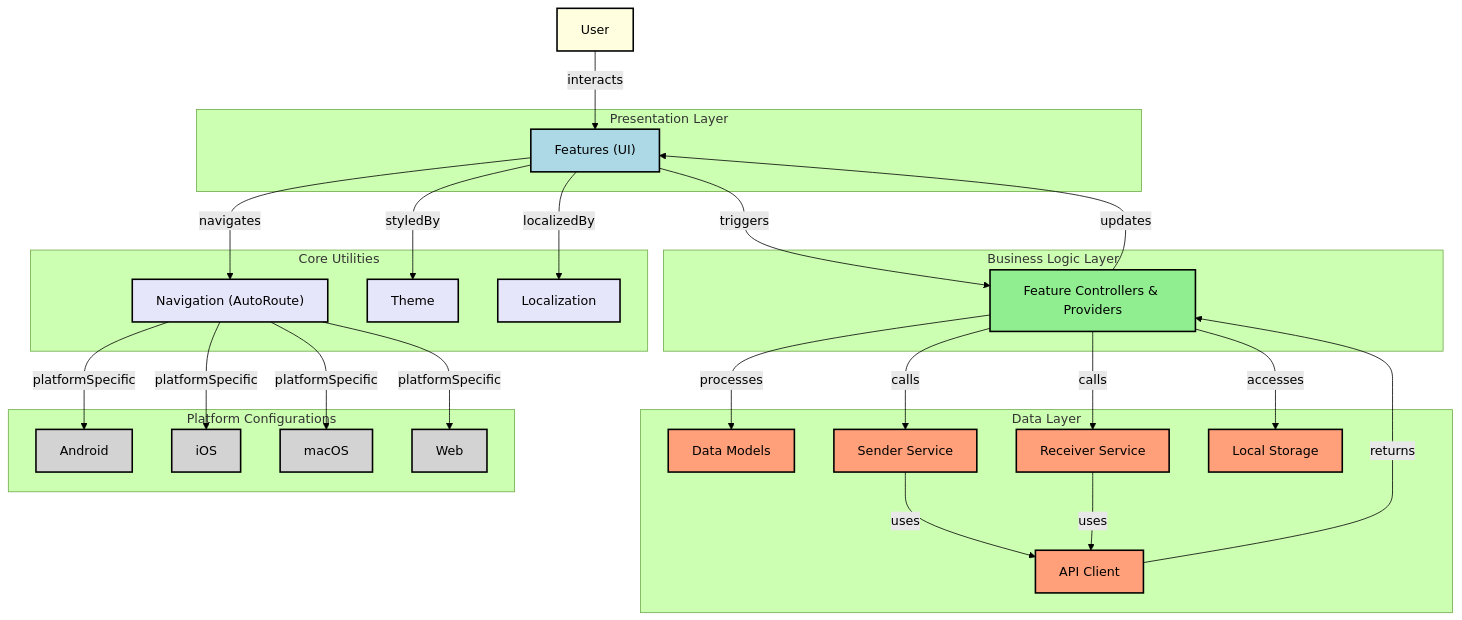
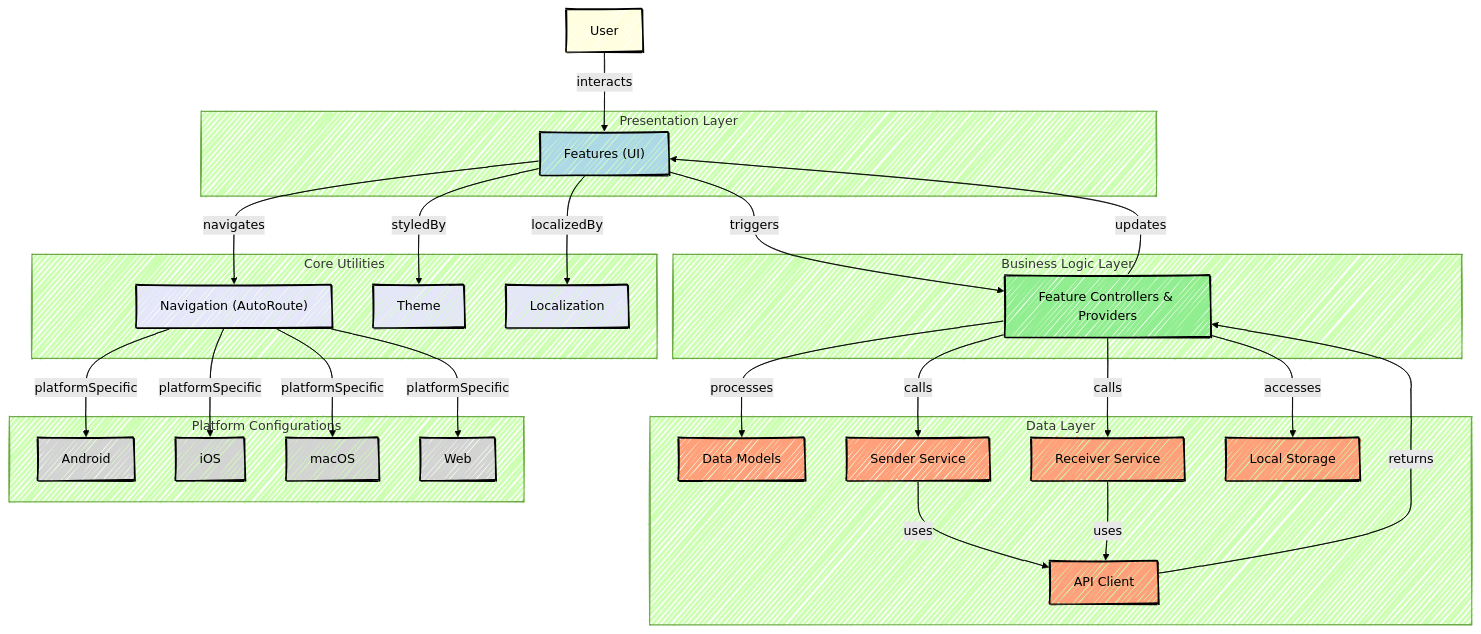
One commit to Shreemanarjun/flutter_sharez changed the diagram in README.md. Above: the diagram before and after it, drawn with Mermaid.

Commit message:
Update mermaid diagram theme in README to include hand-drawn style for enhanced visualization

````diff
--- a/README.md
+++ b/README.md
@@ -228,6 +228,5 @@
 ```mermaid
-%%{init: { 'theme': 'forest' } }%%
-
+%%{init: { 'theme': 'forest', 'look': 'handDrawn' } }%%
 
 flowchart TB
     %% External / User
````
